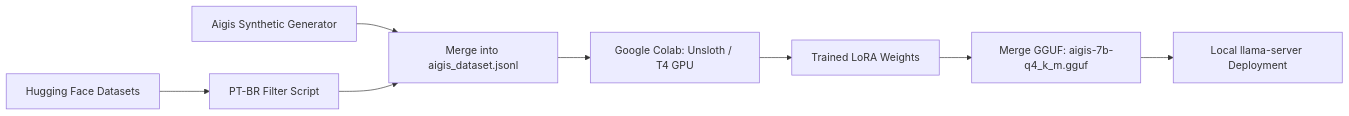
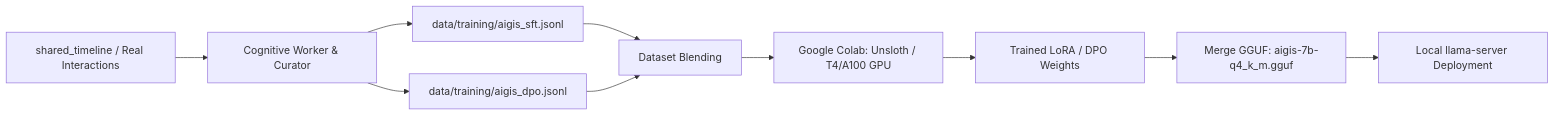
One commit to GalafassiNAT/Aigis-Assistant changed the diagram in docs/LORA_FINETUNING_PLAN_EN.md. Above: the diagram before and after it, drawn with Mermaid. The commit also changed other lines of this file and 18 other files, not shown here.

````diff
--- a/docs/LORA_FINETUNING_PLAN_EN.md
+++ b/docs/LORA_FINETUNING_PLAN_EN.md
@@ -38,10 +39,12 @@
 ```mermaid
 flowchart LR
-    HF[Hugging Face Datasets] --> Filter[PT-BR Filter Script]
-    Syn[Aigis Synthetic Generator] --> Blend[Merge into aigis_dataset.jsonl]
-    Filter --> Blend
-    Blend --> Colab[Google Colab: Unsloth / T4 GPU]
-    Colab --> LoRA[Trained LoRA Weights]
+    TL[shared_timeline / Real Interactions] --> CW[Cognitive Worker & Curator]
+    CW --> SFT[data/training/aigis_sft.jsonl]
+    CW --> DPO[data/training/aigis_dpo.jsonl]
+    SFT --> Blend[Dataset Blending]
+    DPO --> Blend
+    Blend --> Colab[Google Colab: Unsloth / T4/A100 GPU]
+    Colab --> LoRA[Trained LoRA / DPO Weights]
     LoRA --> Merge[Merge GGUF: aigis-7b-q4_k_m.gguf]
     Merge --> LlamaServer[Local llama-server Deployment]
 ```
````
